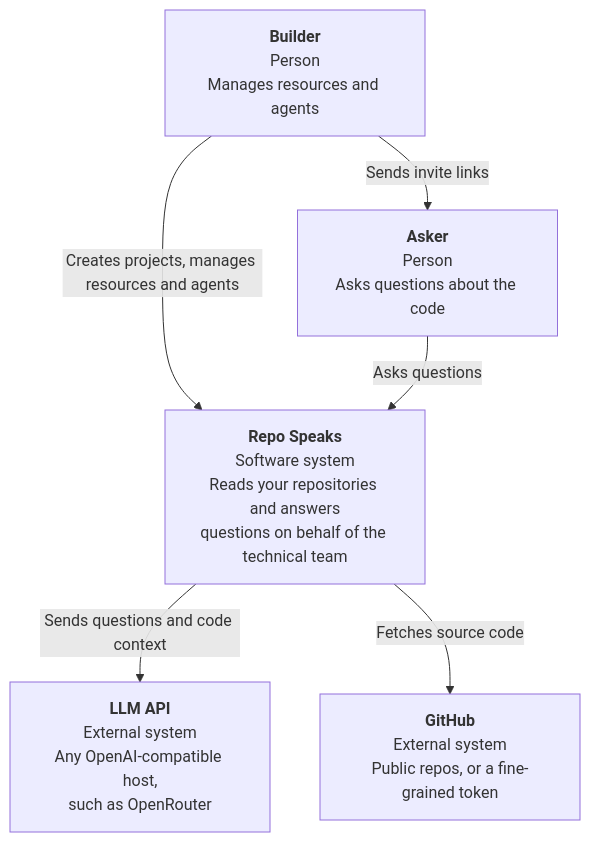
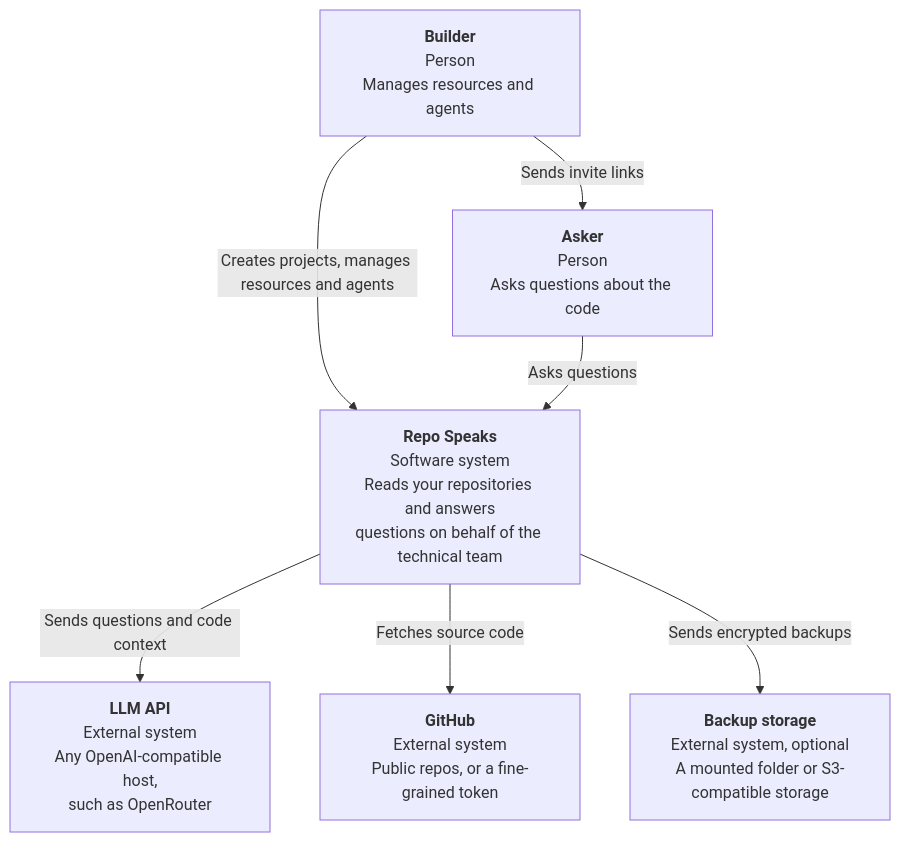
One commit to urtuba/repo-speaks changed the first of 8 diagrams in ARCHITECTURE.md. Above: the diagram before and after it, drawn with Mermaid. The commit also changed other lines of this file and 2 other files, not shown here.

First line of the commit message:
docs: describe backups and upgrades

````diff
--- a/ARCHITECTURE.md
+++ b/ARCHITECTURE.md
@@ -19,14 +19,16 @@
 ```mermaid
 flowchart TB
     builder["<b>Builder</b><br/>Person<br/>Manages resources and agents"]
     asker["<b>Asker</b><br/>Person<br/>Asks questions about the code"]
     rs["<b>Repo Speaks</b><br/>Software system<br/>Reads your repositories and answers<br/>questions on behalf of the technical team"]
     llm["<b>LLM API</b><br/>External system<br/>Any OpenAI-compatible host,<br/>such as OpenRouter"]
     gh["<b>GitHub</b><br/>External system<br/>Public repos, or a fine-grained token"]
+    bk["<b>Backup storage</b><br/>External system, optional<br/>A mounted folder or S3-compatible storage"]
 
     builder -- "Sends invite links" --> asker
     builder -- "Creates projects, manages resources and agents" --> rs
     asker -- "Asks questions" --> rs
     rs -- "Sends questions and code context" --> llm
     rs -- "Fetches source code" --> gh
+    rs -- "Sends encrypted backups" --> bk
 ```
````
